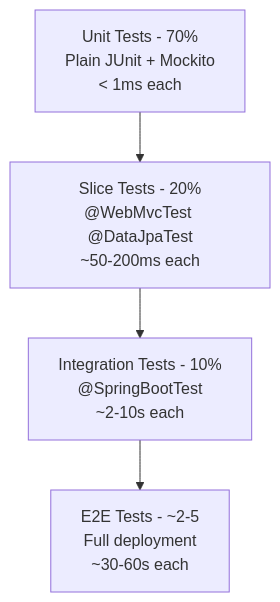
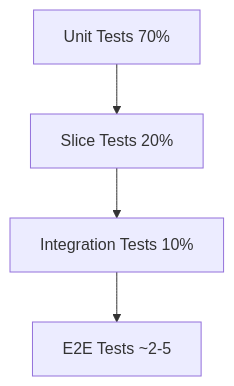
Before and after one commit to shivakrishnak/sk-bytes: diagram 16 of 26 in learn/spring/Spring - Internals and Design.md, drawn with Mermaid. The commit also changed other lines of this file, not shown here.

Commit message:
feat: spring/internals-design - fill 26 INTERMEDIATE keywords (SPR-044..069)

````diff
--- a/learn/spring/Spring - Internals and Design.md
+++ b/learn/spring/Spring - Internals and Design.md
@@ -3503,6 +3552,6 @@
 ```mermaid
 flowchart TD
-    A["Unit Tests - 70%\nPlain JUnit + Mockito\n< 1ms each"] --> B["Slice Tests - 20%\n@WebMvcTest @DataJpaTest\n~50-200ms each"]
-    B --> C["Integration Tests - 10%\n@SpringBootTest\n~2-10s each"]
-    C --> D["E2E Tests - ~2-5\nFull deployment\n~30-60s each"]
+    A["Unit Tests 70%"] --> B["Slice Tests 20%"]
+    B --> C["Integration Tests 10%"]
+    C --> D["E2E Tests ~2-5"]
 ```
````
